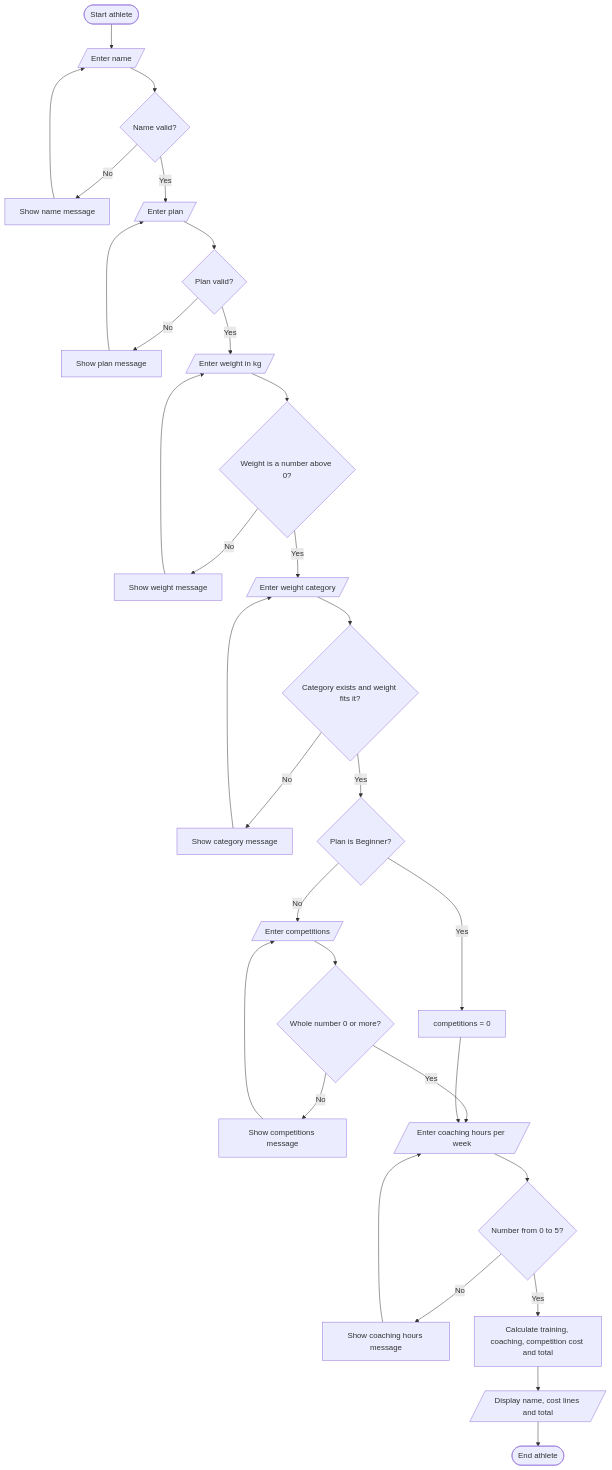
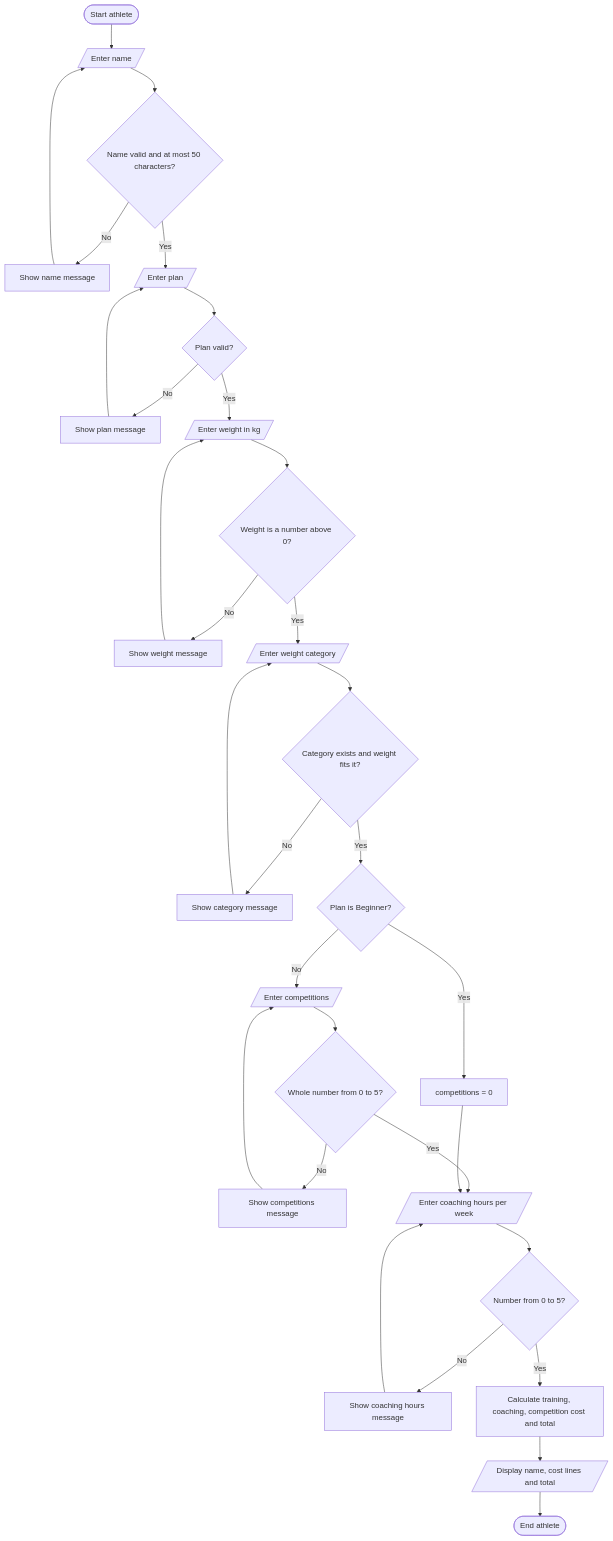
Before and after one commit to AJAwan-Noc/AIS-Fee-Calculator: the diagram in docs/algorithm.md, drawn with Mermaid. The commit also changed other lines of this file, not shown here.

Commit message:
docs: add competition and name limits to the algorithm

````diff
--- a/docs/algorithm.md
+++ b/docs/algorithm.md
@@ -43,33 +45,33 @@
 ```mermaid
 flowchart TD
     A([Start athlete]) --> B[/Enter name/]
-    B --> C{Name valid?}
+    B --> C{Name valid and at most 50 characters?}
     C -- No --> C1[Show name message]
     C1 --> B
     C -- Yes --> D[/Enter plan/]
     D --> E{Plan valid?}
     E -- No --> E1[Show plan message]
     E1 --> D
     E -- Yes --> F[/Enter weight in kg/]
     F --> G{Weight is a number above 0?}
     G -- No --> G1[Show weight message]
     G1 --> F
     G -- Yes --> H[/Enter weight category/]
     H --> I{Category exists and weight fits it?}
     I -- No --> I1[Show category message]
     I1 --> H
     I -- Yes --> J{Plan is Beginner?}
     J -- Yes --> J1[competitions = 0]
     J -- No --> K[/Enter competitions/]
-    K --> L{Whole number 0 or more?}
+    K --> L{Whole number from 0 to 5?}
     L -- No --> L1[Show competitions message]
     L1 --> K
     L -- Yes --> M[/Enter coaching hours per week/]
     J1 --> M
     M --> N{Number from 0 to 5?}
     N -- No --> N1[Show coaching hours message]
     N1 --> M
     N -- Yes --> O[Calculate training, coaching, competition cost and total]
     O --> P[/Display name, cost lines and total/]
     P --> Q([End athlete])
 ```
````
